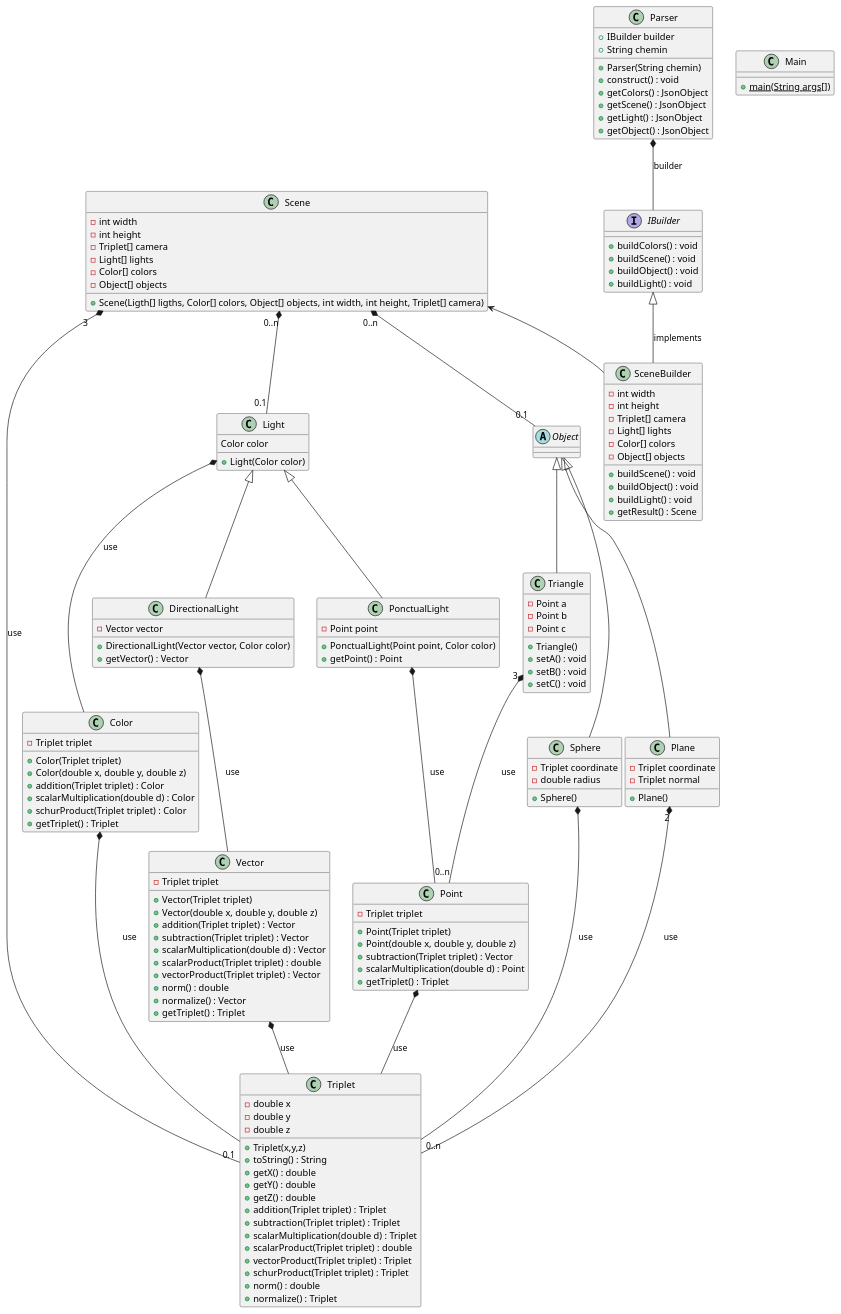
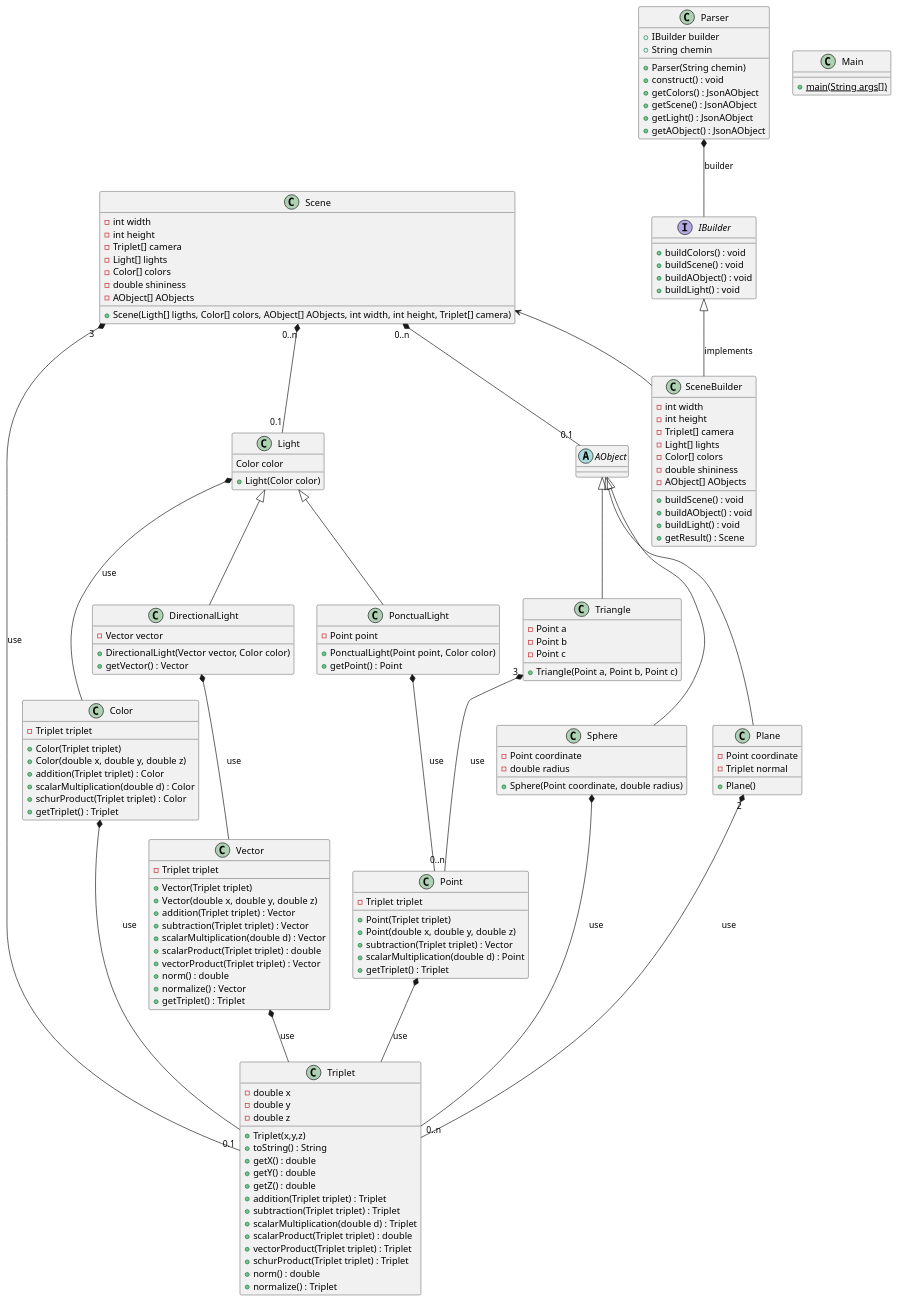
One commit to DarkWolf62/RaytracerLib changed the diagram in RayTracing.puml. Above: the diagram before and after it, drawn with PlantUML.

Commit message:
:memo: Update UML

```diff
--- a/RayTracing.puml
+++ b/RayTracing.puml
@@ -1,188 +1,187 @@
 @startuml
 
 class Triplet
 class Vector
 class Point
 class Color
 class Main
 class Light
 class DirectionalLight
 class PonctualLight
-abstract class Object
+abstract class AObject
 
 class Plane
 class Triangle
 class Sphere
 
 class Scene
 interface IBuilder
 class SceneBuilder
 
 Vector *-- Triplet : use
 Color *-- Triplet : use
 Point *-- Triplet : use
 
 DirectionalLight *-- Vector : use
 
 Light *-- Color : use
 PonctualLight *-- Point : use
 
 
 Triangle "3" *-- "0..n" Point : use
 Plane "2" *-- "0..n" Triplet : use
 Sphere *-- Triplet : use
 
 Parser *-- IBuilder : builder
 IBuilder <|-- SceneBuilder : implements
 Scene <-- SceneBuilder
 Scene "0..n" *-- "0.1" Light
-Scene "0..n" *-- "0.1" Object
+Scene "0..n" *-- "0.1" AObject
 Scene "3"*-- "0.1" Triplet : use
 
 
 
 class Triplet {
 -double x
 -double y
 -double z
 
 +Triplet(x,y,z)
 +toString() : String
 +getX() : double
 +getY() : double
 +getZ() : double
 +addition(Triplet triplet) : Triplet
 +subtraction(Triplet triplet) : Triplet
 +scalarMultiplication(double d) : Triplet
 +scalarProduct(Triplet triplet) : double
 +vectorProduct(Triplet triplet) : Triplet
 +schurProduct(Triplet triplet) : Triplet
 +norm() : double
 +normalize() : Triplet
 }
 
 class Vector{
 -Triplet triplet
 +Vector(Triplet triplet)
 +Vector(double x, double y, double z)
 +addition(Triplet triplet) : Vector
 +subtraction(Triplet triplet) : Vector
 +scalarMultiplication(double d) : Vector
 +scalarProduct(Triplet triplet) : double
 +vectorProduct(Triplet triplet) : Vector
 +norm() : double
 +normalize() : Vector
 + getTriplet() : Triplet
 }
 
 class Point{
 - Triplet triplet
 +Point(Triplet triplet)
 +Point(double x, double y, double z)
 +subtraction(Triplet triplet) : Vector
 +scalarMultiplication(double d) : Point
 + getTriplet() : Triplet
 }
 
 class Color{
 - Triplet triplet
 +Color(Triplet triplet)
 +Color(double x, double y, double z)
 + addition(Triplet triplet) : Color
 + scalarMultiplication(double d) : Color
 + schurProduct(Triplet triplet) : Color
 + getTriplet() : Triplet
 }
 
 
 class Light{
 Color color
 + Light(Color color)
 }
 
 class PonctualLight extends Light{
 - Point point
 + PonctualLight(Point point, Color color)
 + getPoint() : Point
 }
 
 class DirectionalLight extends Light{
 - Vector vector
 + DirectionalLight(Vector vector, Color color)
 + getVector() : Vector
 }
 
-class Triangle extends Object {
+class Triangle extends AObject {
 - Point a
 - Point b
 - Point c
-+ Triangle()
-+ setA() : void
-+ setB() : void
-+ setC() : void
++ Triangle(Point a, Point b, Point c)
 }
 
-class Plane extends Object{
-- Triplet coordinate
+class Plane extends AObject{
+- Point coordinate
 - Triplet normal
 + Plane()
 }
 
-class Sphere extends Object {
-- Triplet coordinate
+class Sphere extends AObject {
+- Point coordinate
 - double radius
-+ Sphere()
++ Sphere(Point coordinate, double radius)
 }
 
 'note "Patron de conception : Builder" as N2
 'Scene .. N2
 'IBuilder .. N2
 'SceneBuilder .. N2
 'Parser .. N2
 
 class Scene{
 - int width
 - int height
 - Triplet[] camera
 - Light[] lights
 - Color[] colors
-- Object[] objects
-+ Scene(Ligth[] ligths, Color[] colors, Object[] objects, int width, int height, Triplet[] camera)
+- double shininess
+- AObject[] AObjects
++ Scene(Ligth[] ligths, Color[] colors, AObject[] AObjects, int width, int height, Triplet[] camera)
 }
 
 interface IBuilder {
 + buildColors() : void
 + buildScene() : void
-+ buildObject() : void
++ buildAObject() : void
 + buildLight() : void
 }
 
 class SceneBuilder {
 - int width
 - int height
 - Triplet[] camera
 - Light[] lights
 - Color[] colors
-- Object[] objects
+- double shininess
+- AObject[] AObjects
 + buildScene() : void
-+ buildObject() : void
++ buildAObject() : void
 + buildLight() : void
 + getResult() : Scene
 }
 
 class Parser {
 +IBuilder builder
 +String chemin
 +Parser(String chemin)
 +construct() : void
-+ getColors() : JsonObject
-+getScene() : JsonObject
-+getLight() : JsonObject
-+getObject() : JsonObject
++ getColors() : JsonAObject
++getScene() : JsonAObject
++getLight() : JsonAObject
++getAObject() : JsonAObject
 }
 
 class Main{
 + {static} main(String args[])
 }
 
 @enduml
```
